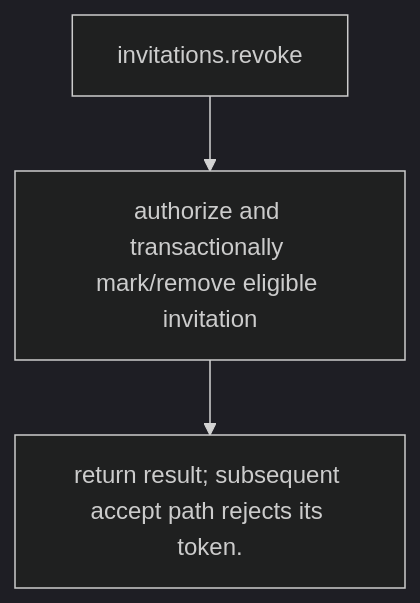
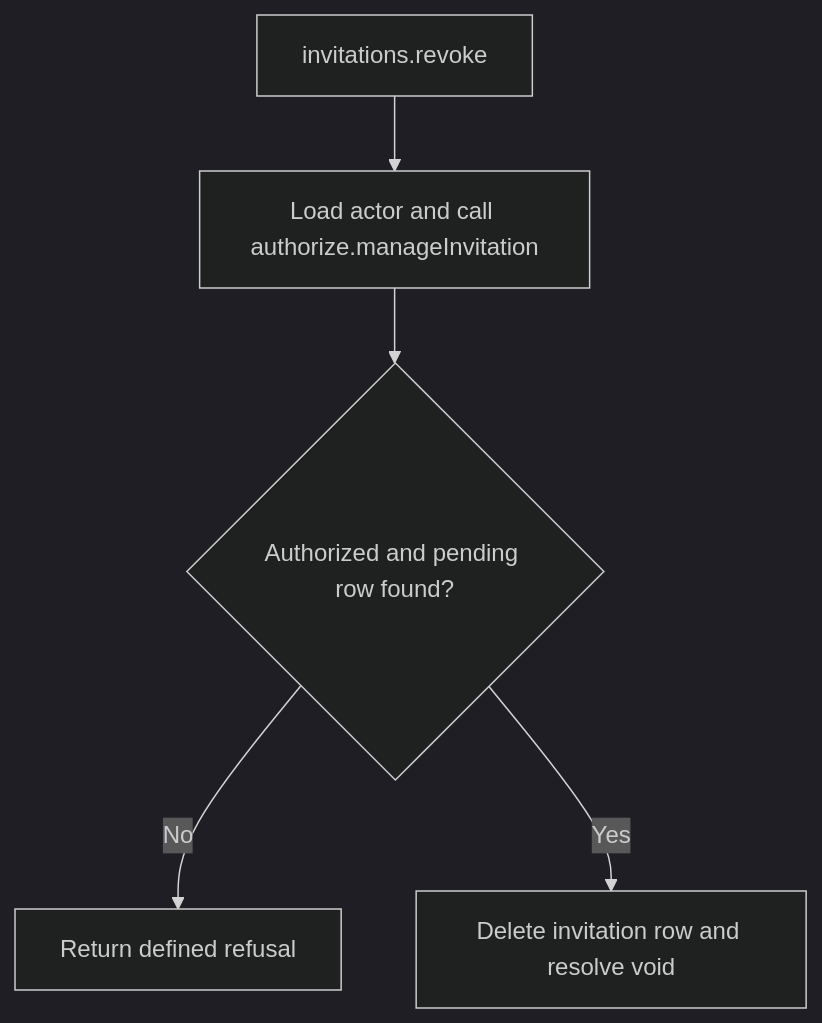
The second of 2 diagrams in user-stories/US-ACCOUNT-12-revoke-invitation.md (Kevinjohn/oss-adonisjs-account-kit), drawn with Mermaid (dark theme) before and after one commit. The commit also changed other lines of this file and 17 other files, not shown here.

````diff
--- a/user-stories/US-ACCOUNT-12-revoke-invitation.md
+++ b/user-stories/US-ACCOUNT-12-revoke-invitation.md
@@ -33,8 +30,7 @@
 ```mermaid
 flowchart TD
-    C0["invitations.revoke"]
-    C1["authorize and transactionally mark/remove eligible invitation"]
-    C0 --> C1
-    C2["return result; subsequent accept path rejects its token."]
-    C1 --> C2
+ A["invitations.revoke"] --> B["Load actor and call authorize.manageInvitation"]
+ B --> C{"Authorized and pending row found?"}
+ C -->|No| D["Return defined refusal"]
+ C -->|Yes| E["Delete invitation row and resolve void"]
 ```
````
